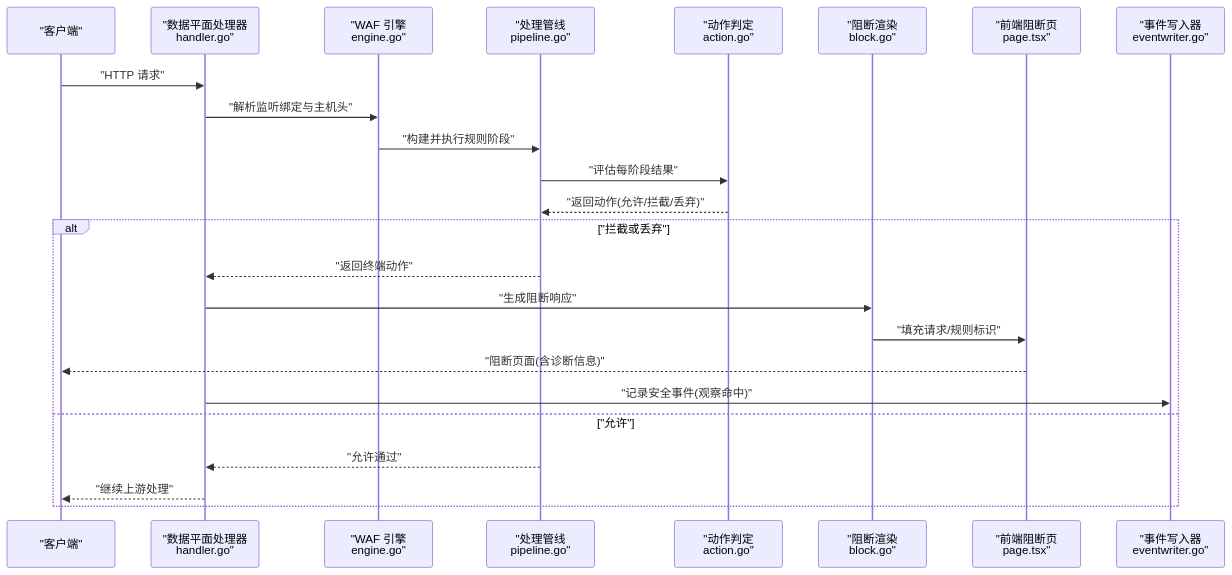
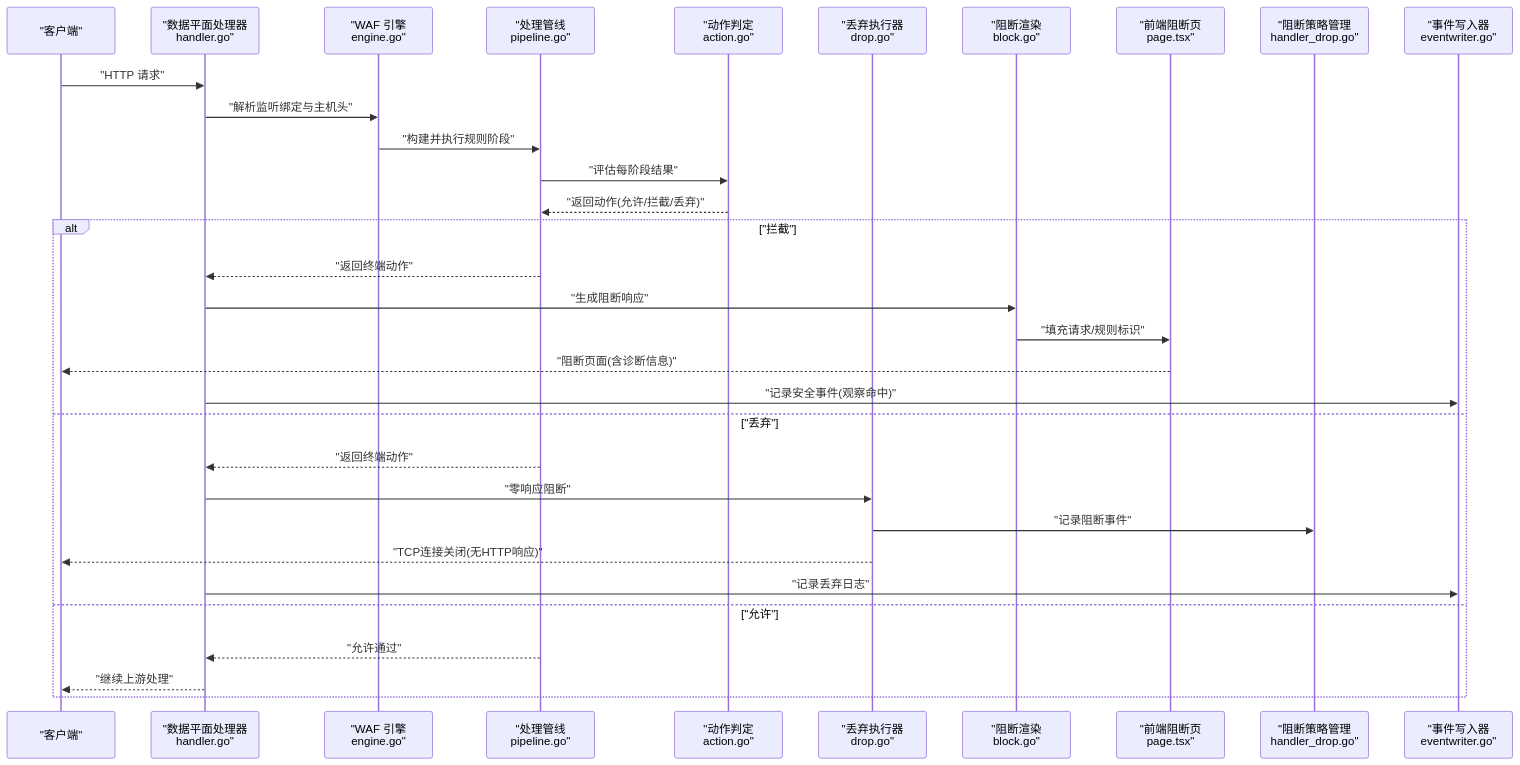
The second of 3 diagrams in docs/安全防护功能/阻断机制.md (x01n/My-OpenWaf), drawn with Mermaid before and after one commit. The commit also changed other lines of this file and 51 other files, not shown here.

````diff
--- a/docs/安全防护功能/阻断机制.md
+++ b/docs/安全防护功能/阻断机制.md
@@ -120,26 +159,34 @@
 ```mermaid
 sequenceDiagram
 participant C as "客户端"
 participant H as "数据平面处理器<br/>handler.go"
 participant E as "WAF 引擎<br/>engine.go"
 participant P as "处理管线<br/>pipeline.go"
 participant A as "动作判定<br/>action.go"
+participant DE as "丢弃执行器<br/>drop.go"
 participant B as "阻断渲染<br/>block.go"
 participant FE as "前端阻断页<br/>page.tsx"
+participant ADM as "阻断策略管理<br/>handler_drop.go"
 participant LOG as "事件写入器<br/>eventwriter.go"
 C->>H : "HTTP 请求"
 H->>E : "解析监听绑定与主机头"
 E->>P : "构建并执行规则阶段"
 P->>A : "评估每阶段结果"
 A-->>P : "返回动作(允许/拦截/丢弃)"
-alt "拦截或丢弃"
+alt "拦截"
 P-->>H : "返回终端动作"
 H->>B : "生成阻断响应"
 B->>FE : "填充请求/规则标识"
 FE-->>C : "阻断页面(含诊断信息)"
 H->>LOG : "记录安全事件(观察命中)"
+else "丢弃"
+P-->>H : "返回终端动作"
+H->>DE : "零响应阻断"
+DE->>ADM : "记录阻断事件"
+DE-->>C : "TCP连接关闭(无HTTP响应)"
+H->>LOG : "记录丢弃日志"
 else "允许"
 P-->>H : "允许通过"
 H-->>C : "继续上游处理"
 end
 ```
````
